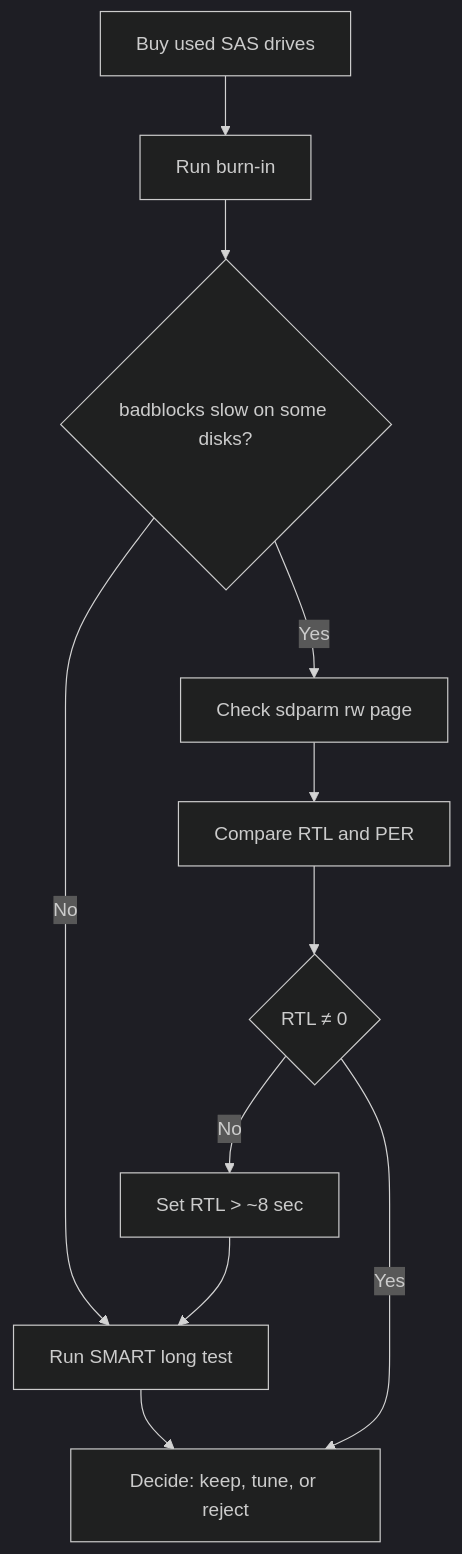
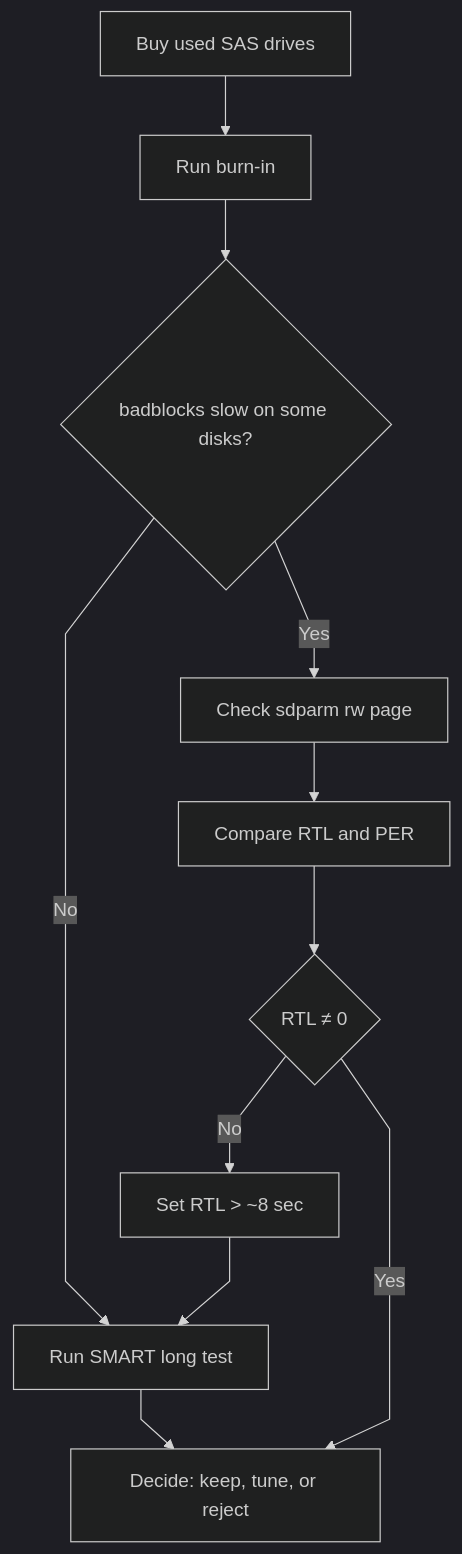
Before and after one commit to mikewebbtech/mikewebbtech-blog: the first of 2 diagrams in 2026/2026-04-03-Commissioning-ex-dc-storage.md, drawn with Mermaid (dark theme). The commit also changed other lines of this file and 1 other file, not shown here.

````diff
--- a/2026/2026-04-03-Commissioning-ex-dc-storage.md
+++ b/2026/2026-04-03-Commissioning-ex-dc-storage.md
@@ -208,12 +245,13 @@
 ```mermaid
+%%{init: {'flowchart': {'curve': 'linear'}}}%%
 flowchart TD 
 A[Buy used SAS drives] --> B[Run burn-in] 
 B --> C{badblocks slow on some disks?} 
 C -->|No| H[Run SMART long test]
 C -->|Yes| D[Check sdparm rw page]
 D --> E[Compare RTL and PER] 
 E --> F{RTL ≠ 0}
 F -->|No| G[Set RTL > ~8 sec]
 F -->|Yes| I[Decide: keep, tune or reject] 
 G --> H[Run SMART long test] --> I[Decide: keep, tune, or reject]
 ```
````
